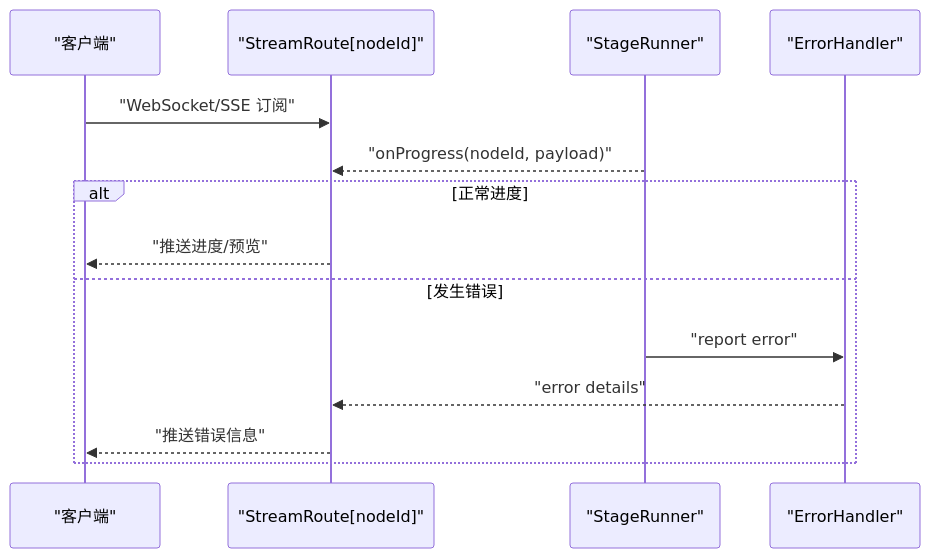
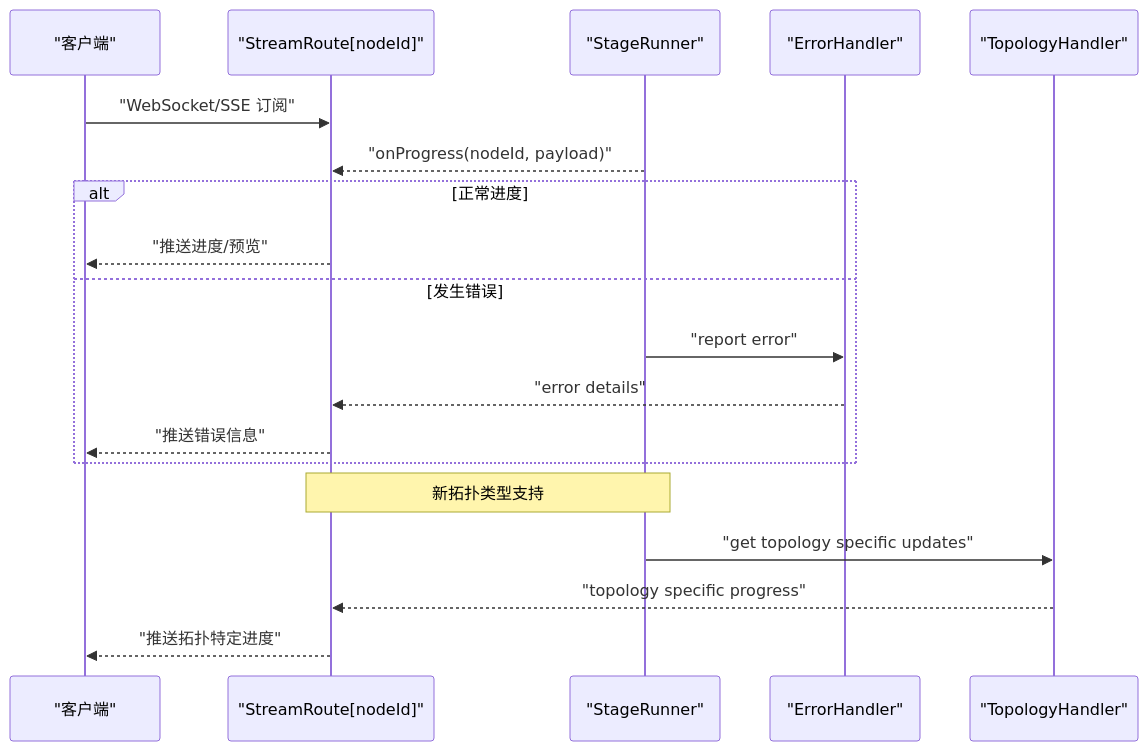
Before and after one commit to scottcwy/PurpleInk: the tenth of 16 diagrams in .qoder/repowiki/zh/content/画布编辑器/画布编辑器.md, drawn with Mermaid. The commit also changed other lines of this file and 29 other files, not shown here.

````diff
--- a/.qoder/repowiki/zh/content/画布编辑器/画布编辑器.md
+++ b/.qoder/repowiki/zh/content/画布编辑器/画布编辑器.md
@@ -517,16 +600,21 @@
 ```mermaid
 sequenceDiagram
 participant Client as "客户端"
 participant Stream as "StreamRoute[nodeId]"
 participant Runner as "StageRunner"
 participant ErrorHandler as "ErrorHandler"
+participant TopologyHandler as "TopologyHandler"
 Client->>Stream : "WebSocket/SSE 订阅"
 Runner-->>Stream : "onProgress(nodeId, payload)"
 alt 正常进度
 Stream-->>Client : "推送进度/预览"
 else 发生错误
 Runner->>ErrorHandler : "report error"
 ErrorHandler-->>Stream : "error details"
 Stream-->>Client : "推送错误信息"
 end
+Note over Runner,Stream : 新拓扑类型支持
+Runner->>TopologyHandler : "get topology specific updates"
+TopologyHandler-->>Stream : "topology specific progress"
+Stream-->>Client : "推送拓扑特定进度"
 ```
````
